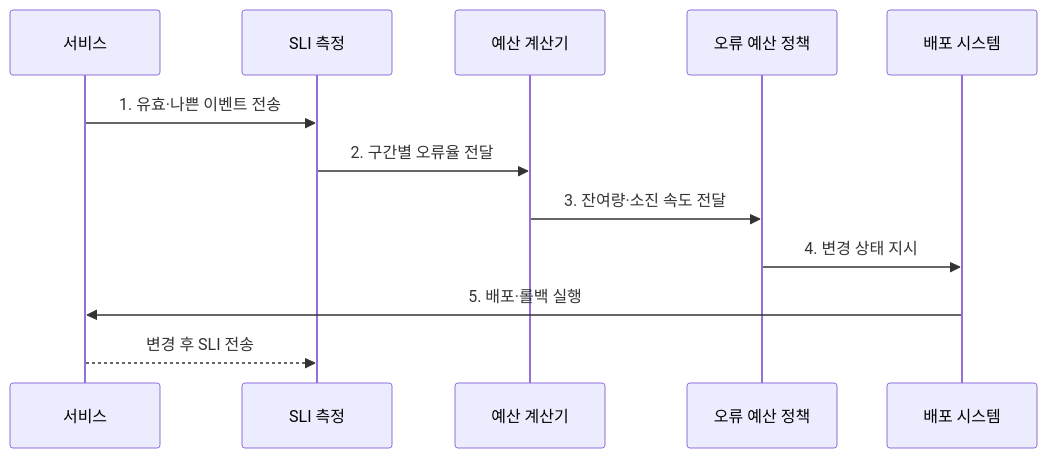
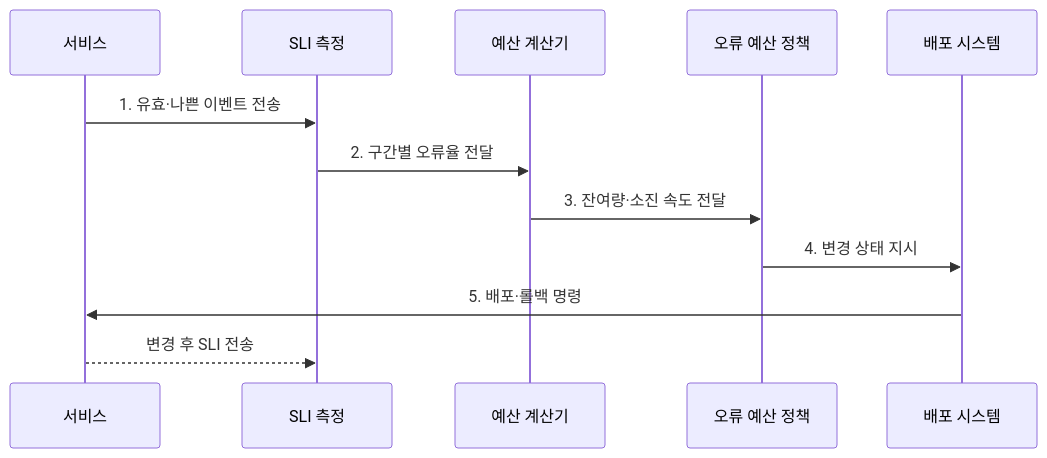
One commit to agnusdei1207/knowledge-base changed the second of 2 diagrams in src/content/docs/notes/03-software/166_error_budget.md. Above: the diagram before and after it, drawn with Mermaid. The commit also changed other lines of this file and 20 other files, not shown here.

````diff
--- a/src/content/docs/notes/03-software/166_error_budget.md
+++ b/src/content/docs/notes/03-software/166_error_budget.md
@@ -85,14 +85,14 @@
 ```mermaid
 sequenceDiagram
     participant S as 서비스
     participant M as SLI 측정
     participant C as 예산 계산기
     participant P as 오류 예산 정책
     participant D as 배포 시스템
     S->>M: 1. 유효·나쁜 이벤트 전송
     M->>C: 2. 구간별 오류율 전달
     C->>P: 3. 잔여량·소진 속도 전달
     P->>D: 4. 변경 상태 지시
-    D->>S: 5. 배포·롤백 실행
+    D->>S: 5. 배포·롤백 명령
     S-->>M: 변경 후 SLI 전송
 ```
````
